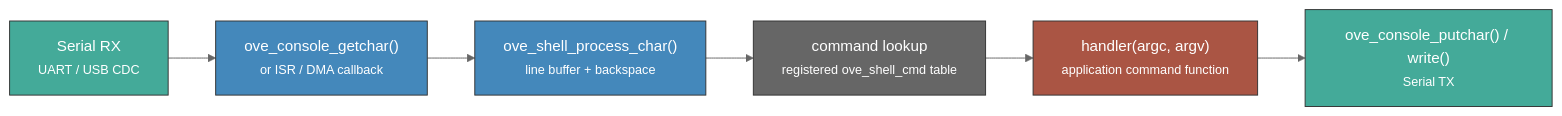
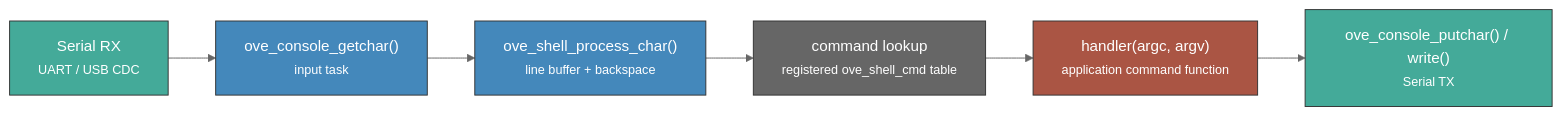
One commit to Varcain/oveRTOS changed the diagram in docs-site/docs/api/shell.md. Above: the diagram before and after it, drawn with Mermaid (neutral theme). The commit also changed other lines of this file and 12 other files, not shown here.

````diff
--- a/docs-site/docs/api/shell.md
+++ b/docs-site/docs/api/shell.md
@@ -7,18 +7,18 @@
 ```mermaid
 graph LR
     UART["Serial RX<br/><small>UART / USB CDC</small>"]
-    GETCHAR["ove_console_getchar()<br/><small>or ISR / DMA callback</small>"]
+    GETCHAR["ove_console_getchar()<br/><small>input task</small>"]
     PROCESS["ove_shell_process_char()<br/><small>line buffer + backspace</small>"]
     LOOKUP["command lookup<br/><small>registered ove_shell_cmd table</small>"]
     HANDLER["handler(argc, argv)<br/><small>application command function</small>"]
     OUTPUT["ove_console_putchar() / write()<br/><small>Serial TX</small>"]
 
     UART --> GETCHAR --> PROCESS --> LOOKUP --> HANDLER --> OUTPUT
 
     style UART fill:#4a9,stroke:#333,color:#fff
     style GETCHAR fill:#48b,stroke:#333,color:#fff
     style PROCESS fill:#48b,stroke:#333,color:#fff
     style LOOKUP fill:#666,stroke:#333,color:#fff
     style HANDLER fill:#a54,stroke:#333,color:#fff
     style OUTPUT fill:#4a9,stroke:#333,color:#fff
 ```
````
